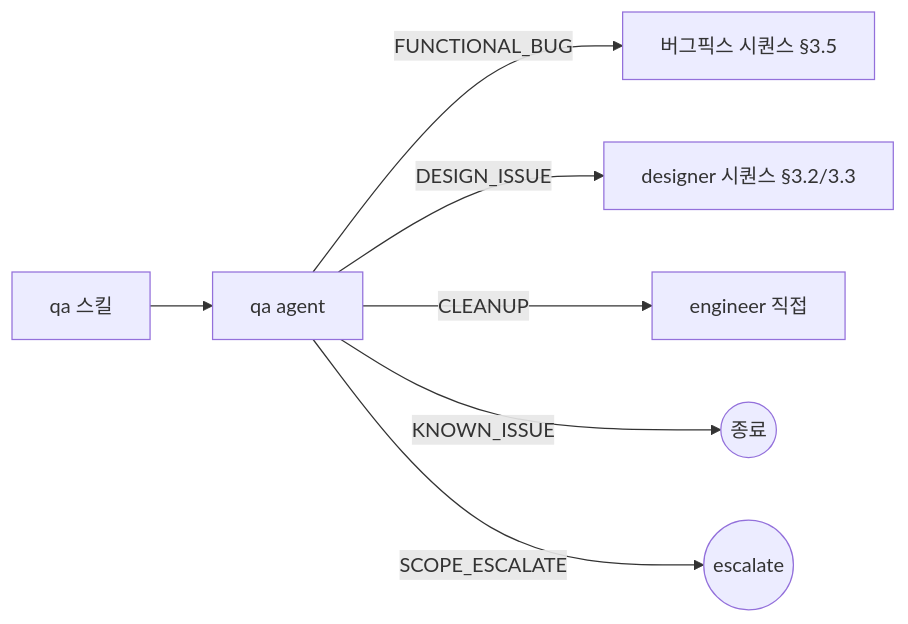
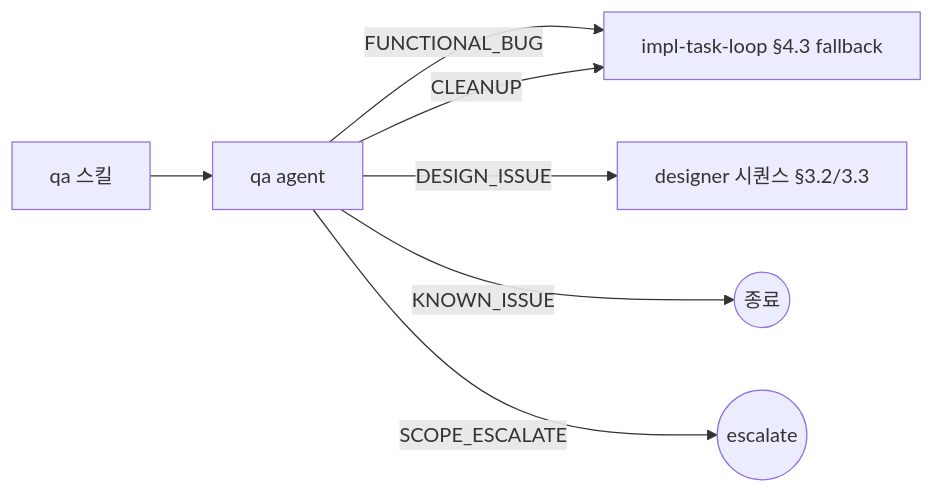
Before and after one commit to alruminum/dcNess: the seventh of 7 diagrams in docs/plugin/orchestration.md, drawn with Mermaid. The commit also changed other lines of this file and 3 other files, not shown here.

````diff
--- a/docs/plugin/orchestration.md
+++ b/docs/plugin/orchestration.md
@@ -188,9 +175,9 @@
 ```mermaid
 flowchart LR
     qa[qa 스킬] --> qaa[qa agent]
-    qaa -->|FUNCTIONAL_BUG| lp[버그픽스 시퀀스 §3.5]
+    qaa -->|FUNCTIONAL_BUG| lp[impl-task-loop §4.3 fallback]
+    qaa -->|CLEANUP| lp
     qaa -->|DESIGN_ISSUE| ds[designer 시퀀스 §3.2/3.3]
-    qaa -->|CLEANUP| eng[engineer 직접]
     qaa -->|KNOWN_ISSUE| stop((종료))
     qaa -->|SCOPE_ESCALATE| esc((escalate))
 ```
````
